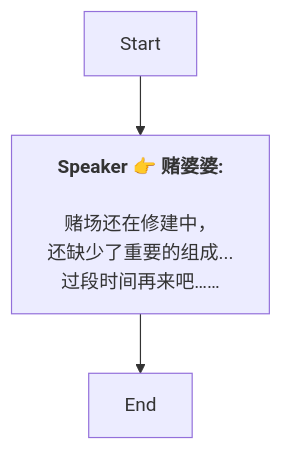
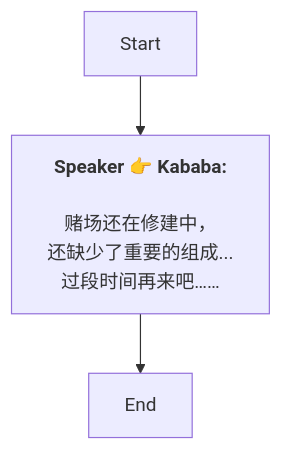
The diagram in Zh/Dialog_55255781166237.md (SoftHu/tos_avg), drawn with Mermaid before and after one commit. The commit also changed 737 other files, not shown here.

````diff
--- a/Zh/Dialog_55255781166237.md
+++ b/Zh/Dialog_55255781166237.md
@@ -1,10 +1,8 @@
 ```mermaid
 graph
-Start -->1768185128931202[<b>Speaker 👉 赌婆婆:</b>
-
-赌场还在修建中，
-还缺少了重要的组成...
-过段时间再来吧……]
+Start -->1768185128931202[<b>Speaker 👉 Kababa:</b>
+\n赌场还在修建中，
+还缺少了重要的组成...\n过段时间再来吧……]
 1768185128931202 -->1768185125289857[End]
 
- ```
+```
````
